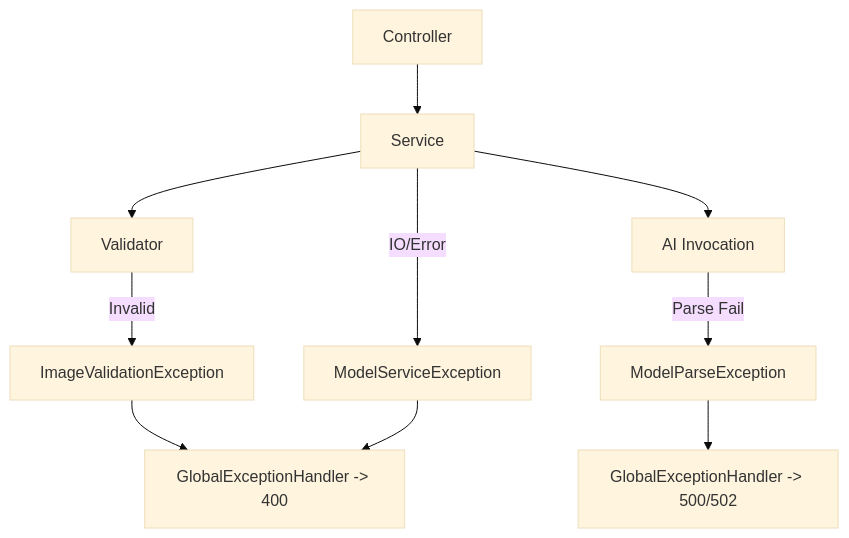
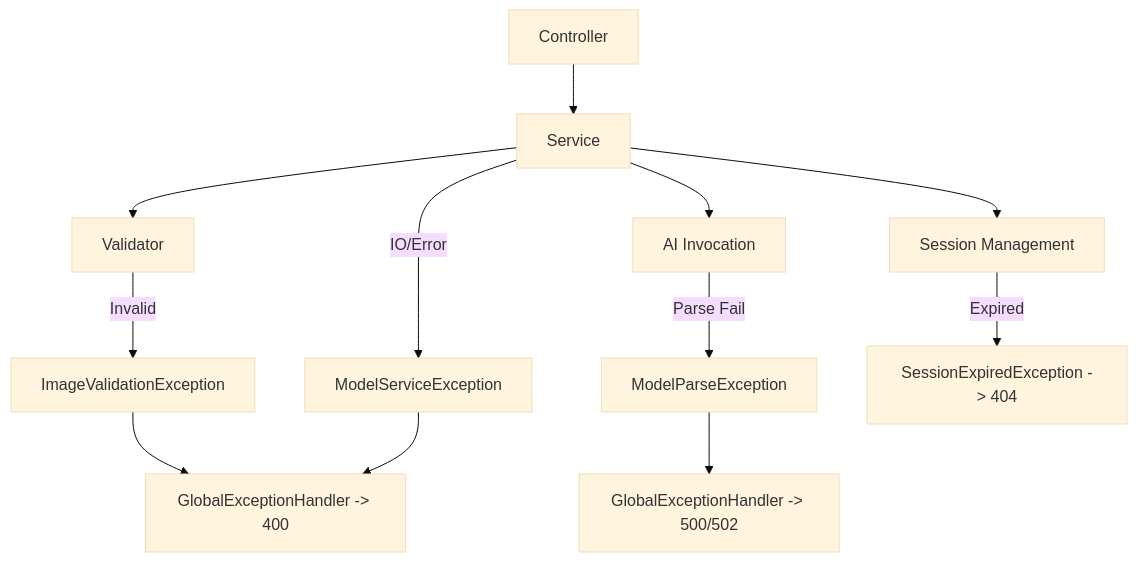
Before and after one commit to Meng-hh/heat_calculate: the eighth of 11 diagrams in .qoder/repowiki/en/content/Business Logic Architecture.md, drawn with Mermaid (base theme). The commit also changed other lines of this file and 25 other files, not shown here.

````diff
--- a/.qoder/repowiki/en/content/Business Logic Architecture.md
+++ b/.qoder/repowiki/en/content/Business Logic Architecture.md
@@ -320,12 +497,14 @@
 ```mermaid
 flowchart TD
 A["Controller"] --> B["Service"]
 B --> C["Validator"]
 C --> |Invalid| E["ImageValidationException"]
 B --> |IO/Error| F["ModelServiceException"]
 B --> G["AI Invocation"]
 G --> |Parse Fail| H["ModelParseException"]
 E --> X["GlobalExceptionHandler -> 400"]
 F --> X
 H --> Y["GlobalExceptionHandler -> 500/502"]
+B --> Z["Session Management"]
+Z --> |Expired| SE["SessionExpiredException -> 404"]
 ```
````
